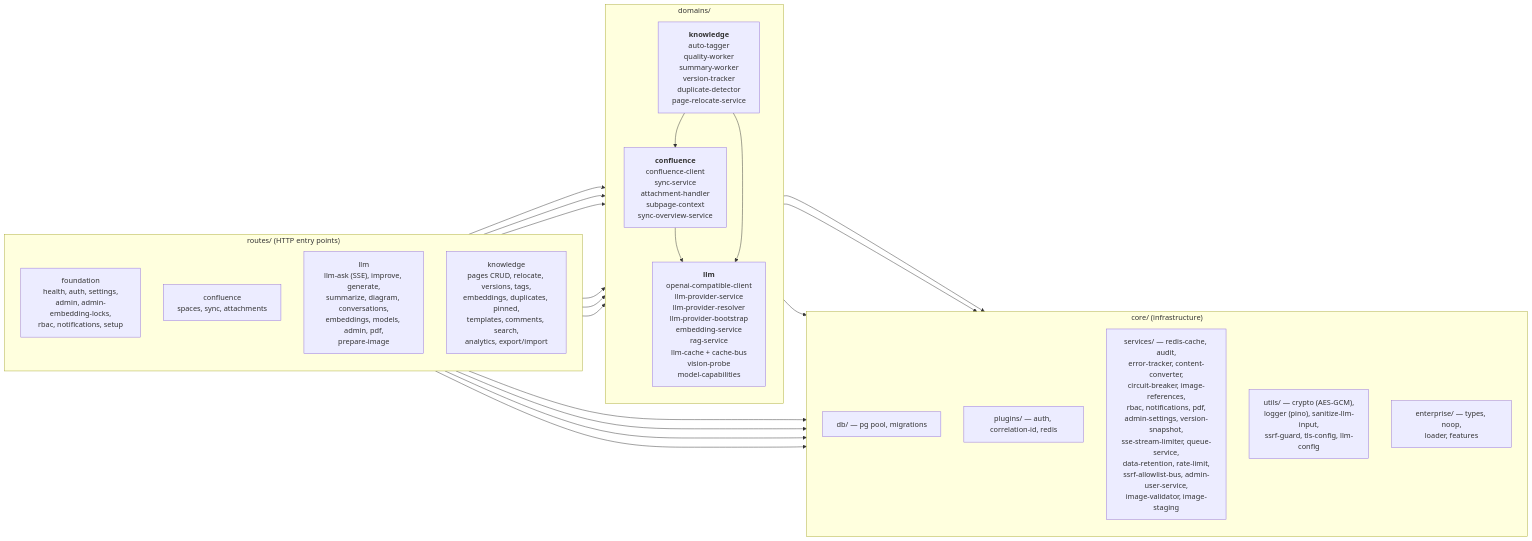
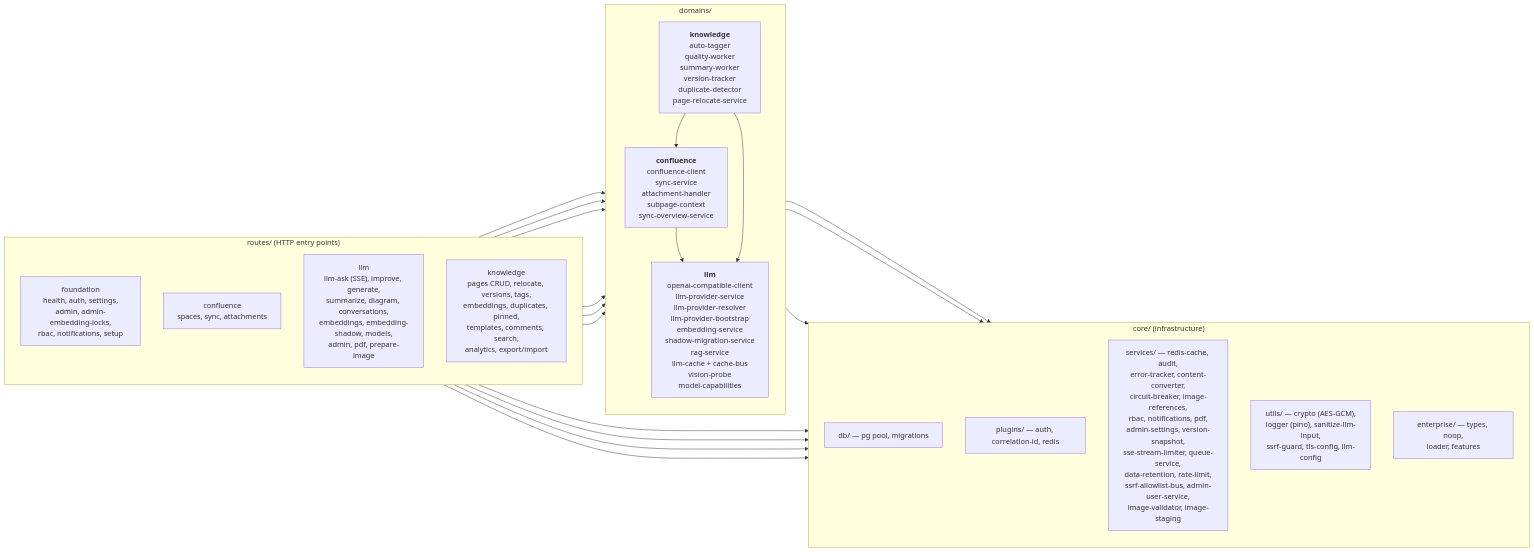
The first of 2 diagrams in docs/architecture/03-backend-domains.md (Compendiq/compendiq-ce), drawn with Mermaid before and after one commit. The commit also changed other lines of this file and 3 other files, not shown here.

````diff
--- a/docs/architecture/03-backend-domains.md
+++ b/docs/architecture/03-backend-domains.md
@@ -9,44 +9,44 @@
 ```mermaid
 flowchart LR
     subgraph routes["routes/ (HTTP entry points)"]
         direction TB
         rF["foundation<br/>health, auth, settings,<br/>admin, admin-embedding-locks,<br/>rbac, notifications, setup"]
         rC["confluence<br/>spaces, sync, attachments"]
-        rL["llm<br/>llm-ask (SSE), improve, generate,<br/>summarize, diagram, conversations,<br/>embeddings, models, admin, pdf,<br/>prepare-image"]
+        rL["llm<br/>llm-ask (SSE), improve, generate,<br/>summarize, diagram, conversations,<br/>embeddings, embedding-shadow, models,<br/>admin, pdf, prepare-image"]
         rK["knowledge<br/>pages CRUD, relocate, versions, tags,<br/>embeddings, duplicates, pinned,<br/>templates, comments, search,<br/>analytics, export/import"]
     end
 
     subgraph domains["domains/"]
         direction TB
         dC["<b>confluence</b><br/>confluence-client<br/>sync-service<br/>attachment-handler<br/>subpage-context<br/>sync-overview-service"]
-        dL["<b>llm</b><br/>openai-compatible-client<br/>llm-provider-service<br/>llm-provider-resolver<br/>llm-provider-bootstrap<br/>embedding-service<br/>rag-service<br/>llm-cache + cache-bus<br/>vision-probe<br/>model-capabilities"]
+        dL["<b>llm</b><br/>openai-compatible-client<br/>llm-provider-service<br/>llm-provider-resolver<br/>llm-provider-bootstrap<br/>embedding-service<br/>shadow-migration-service<br/>rag-service<br/>llm-cache + cache-bus<br/>vision-probe<br/>model-capabilities"]
         dK["<b>knowledge</b><br/>auto-tagger<br/>quality-worker<br/>summary-worker<br/>version-tracker<br/>duplicate-detector<br/>page-relocate-service"]
     end
 
     subgraph core["core/ (infrastructure)"]
         direction TB
         cDB["db/ — pg pool, migrations"]
         cPlug["plugins/ — auth, correlation-id, redis"]
         cSvc["services/ — redis-cache, audit,<br/>error-tracker, content-converter,<br/>circuit-breaker, image-references,<br/>rbac, notifications, pdf,<br/>admin-settings, version-snapshot,<br/>sse-stream-limiter, queue-service,<br/>data-retention, rate-limit,<br/>ssrf-allowlist-bus, admin-user-service,<br/>image-validator, image-staging"]
         cUtil["utils/ — crypto (AES-GCM),<br/>logger (pino), sanitize-llm-input,<br/>ssrf-guard, tls-config, llm-config"]
         cEnt["enterprise/ — types, noop,<br/>loader, features"]
     end
 
     rF --> core
     rC --> core
     rC --> dC
     rL --> core
     rL --> dL
     rL --> dC
     rK --> core
     rK --> dK
     rK --> dL
     rK --> dC
 
     dC --> core
     dC --> dL
     dL --> core
     dK --> core
     dK --> dL
     dK --> dC
 ```
````
